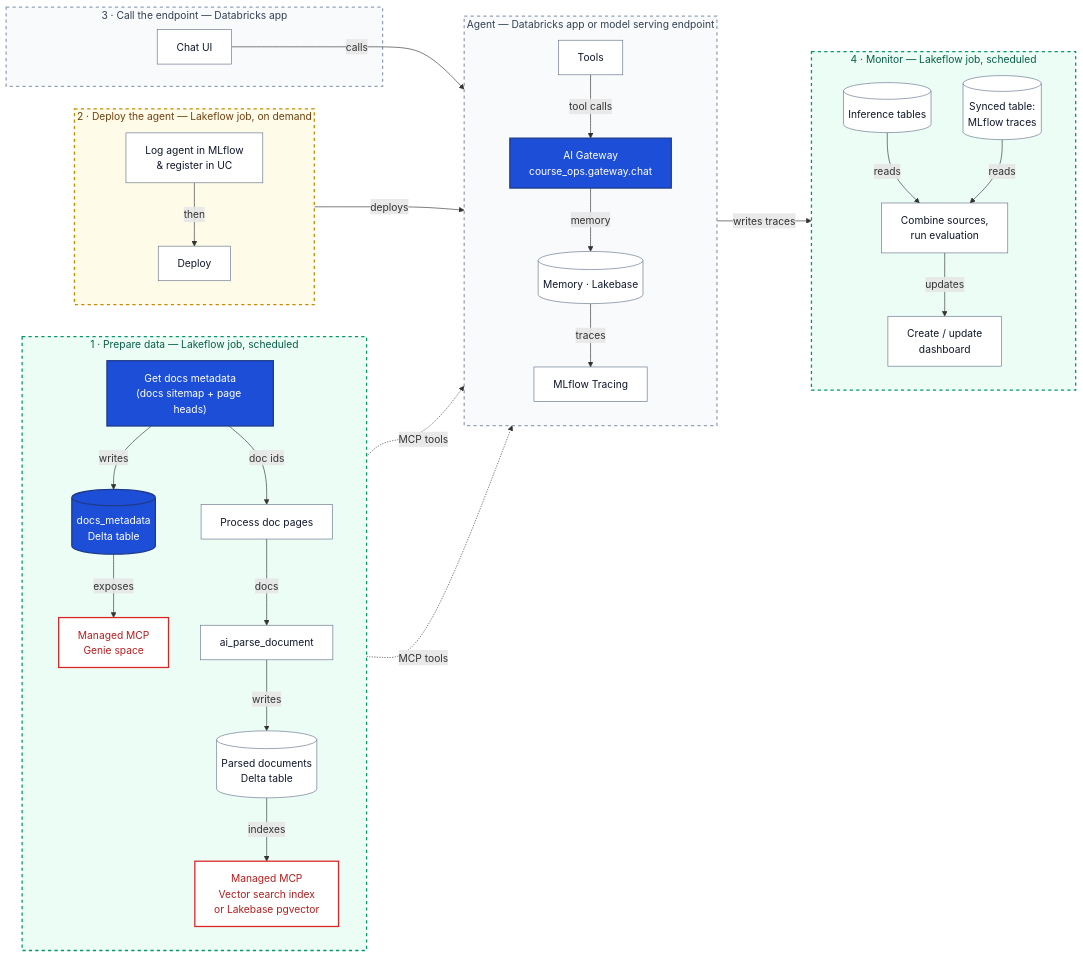
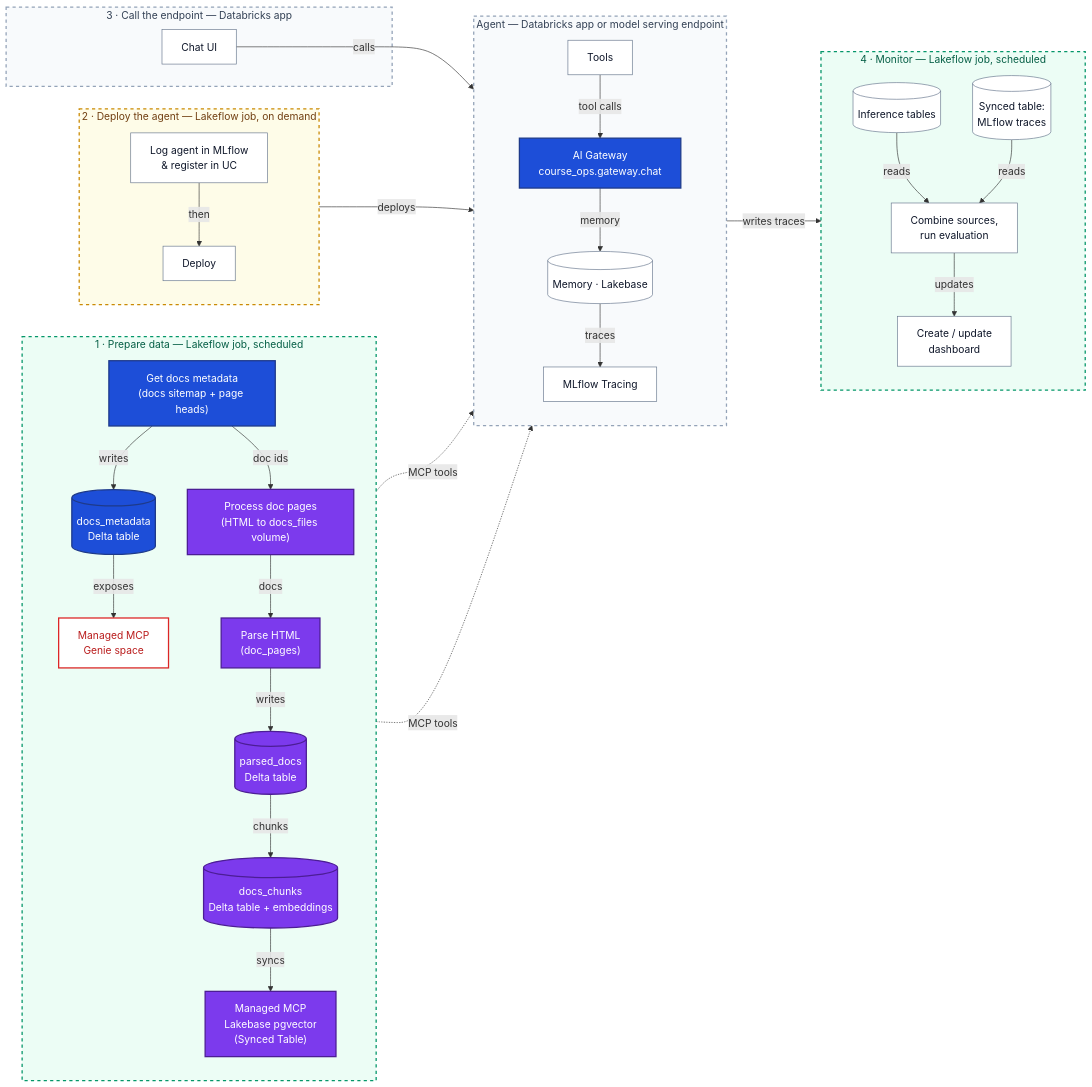
One commit to llmops-databricks-2/llmops-naittou-soufiane changed the diagram in docs/architecture.md. Above: the diagram before and after it, drawn with Mermaid. The commit also changed other lines of this file and 20 other files, not shown here.

First line of the commit message:
Lecture 2: retrieval foundation with Lakebase pgvector (#2)

````diff
--- a/docs/architecture.md
+++ b/docs/architecture.md
@@ -6,64 +6,67 @@
 ```mermaid
 flowchart LR
     subgraph prepare["1 · Prepare data — Lakeflow job, scheduled"]
         direction TB
         meta["Get docs metadata<br/>(docs sitemap + page heads)"]
         store[("docs_metadata<br/>Delta table")]
         genie["Managed MCP<br/>Genie space"]
-        pages["Process doc pages"]
-        parse["ai_parse_document"]
-        parsed[("Parsed documents<br/>Delta table")]
-        vs["Managed MCP<br/>Vector search index<br/>or Lakebase pgvector"]
+        pages["Process doc pages<br/>(HTML to docs_files volume)"]
+        parse["Parse HTML<br/>(doc_pages)"]
+        parsed[("parsed_docs<br/>Delta table")]
+        chunks[("docs_chunks<br/>Delta table + embeddings")]
+        vs["Managed MCP<br/>Lakebase pgvector<br/>(Synced Table)"]
         meta -->|writes| store -->|exposes| genie
-        meta -->|doc ids| pages -->|docs| parse -->|writes| parsed -->|indexes| vs
+        meta -->|doc ids| pages -->|docs| parse -->|writes| parsed -->|chunks| chunks -->|syncs| vs
     end
 
     subgraph agent["Agent — Databricks app or model serving endpoint"]
         direction TB
         tools["Tools"]
         gateway["AI Gateway<br/>course_ops.gateway.chat"]
         memory[("Memory · Lakebase")]
         tracing["MLflow Tracing"]
         tools -->|tool calls| gateway -->|memory| memory -->|traces| tracing
     end
 
     subgraph deploy["2 · Deploy the agent — Lakeflow job, on demand"]
         direction TB
         log["Log agent in MLflow<br/>& register in UC"] -->|then| ship["Deploy"]
     end
 
     subgraph endpoint["3 · Call the endpoint — Databricks app"]
         app["Chat UI"]
     end
 
     subgraph monitor["4 · Monitor — Lakeflow job, scheduled"]
         direction TB
         inference[("Inference tables")]
         synced[("Synced table:<br/>MLflow traces")]
         evaluate["Combine sources,<br/>run evaluation"]
         dashboard["Create / update<br/>dashboard"]
         inference -->|reads| evaluate
         synced -->|reads| evaluate
         evaluate -->|updates| dashboard
     end
 
     genie -. MCP tools .-> tools
     vs -. MCP tools .-> tools
     ship -->|deploys| agent
     app -->|calls| agent
     tracing -->|writes traces| synced
 
     %% Explicit fill + text colors so the diagram reads the same in light and dark themes.
     classDef box fill:#ffffff,stroke:#64748b,stroke-width:1px,color:#0f172a
     classDef mcp fill:#ffffff,stroke:#dc2626,stroke-width:2px,color:#b91c1c
     classDef lecture1 fill:#1d4ed8,stroke:#1e3a8a,stroke-width:2px,color:#ffffff
-    class pages,parse,parsed,tools,memory,tracing,log,ship,app,inference,synced,evaluate,dashboard box
-    class genie,vs mcp
+    classDef lecture2 fill:#7c3aed,stroke:#4c1d95,stroke-width:2px,color:#ffffff
+    class tools,memory,tracing,log,ship,app,inference,synced,evaluate,dashboard box
+    class genie mcp
     class meta,store,gateway lecture1
+    class pages,parse,parsed,chunks,vs lecture2
 
     style prepare fill:#ecfdf5,stroke:#059669,stroke-width:2px,stroke-dasharray:5 5,color:#065f46
     style monitor fill:#ecfdf5,stroke:#059669,stroke-width:2px,stroke-dasharray:5 5,color:#065f46
     style deploy fill:#fefce8,stroke:#ca8a04,stroke-width:2px,stroke-dasharray:5 5,color:#713f12
     style agent fill:#f8fafc,stroke:#94a3b8,stroke-width:2px,stroke-dasharray:5 5,color:#334155
     style endpoint fill:#f8fafc,stroke:#94a3b8,stroke-width:2px,stroke-dasharray:5 5,color:#334155
 ```
````
